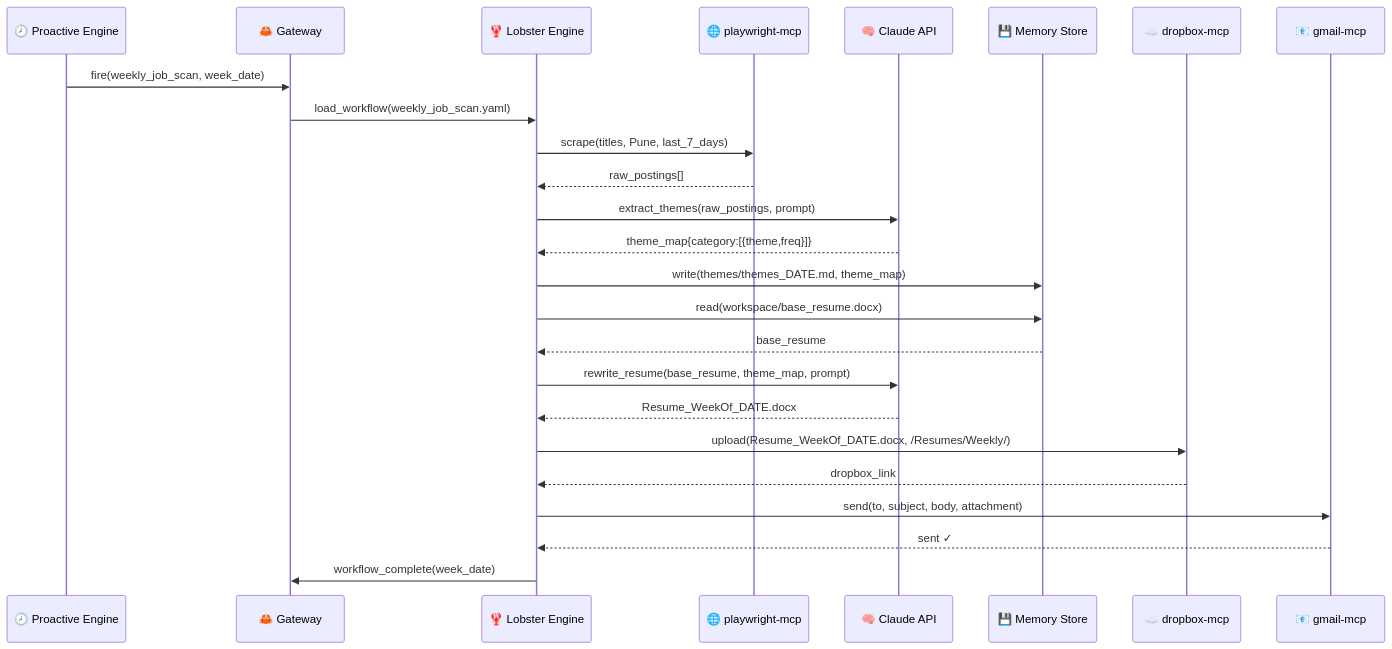
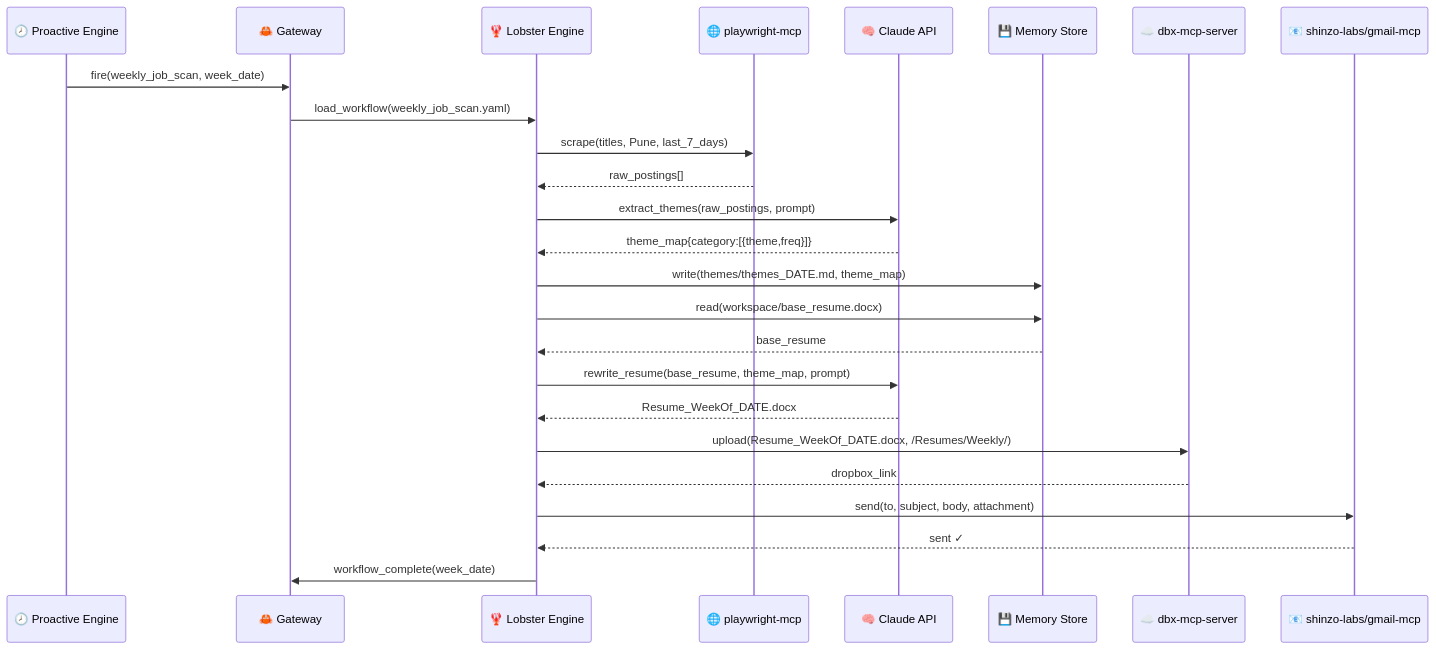
Before and after one commit to mayukhg/mg-ai-job-scanner: the fifth of 7 diagrams in ARCHITECTURE_OPENCLAW.md, drawn with Mermaid. The commit also changed other lines of this file and 1 other file, not shown here.

First line of the commit message:
Update OpenClaw design with audited MCP package recommendations

````diff
--- a/ARCHITECTURE_OPENCLAW.md
+++ b/ARCHITECTURE_OPENCLAW.md
@@ -155,36 +155,36 @@
 ```mermaid
 sequenceDiagram
     participant PE  as 🕗 Proactive Engine
     participant GW  as 🦀 Gateway
     participant LB  as 🦞 Lobster Engine
     participant PW  as 🌐 playwright-mcp
     participant CL  as 🧠 Claude API
     participant MEM as 💾 Memory Store
-    participant DP  as ☁️ dropbox-mcp
-    participant GM  as 📧 gmail-mcp
+    participant DP  as ☁️ dbx-mcp-server
+    participant GM  as 📧 shinzo-labs/gmail-mcp
 
     PE->>GW: fire(weekly_job_scan, week_date)
     GW->>LB: load_workflow(weekly_job_scan.yaml)
 
     LB->>PW: scrape(titles, Pune, last_7_days)
     PW-->>LB: raw_postings[]
 
     LB->>CL: extract_themes(raw_postings, prompt)
     CL-->>LB: theme_map{category:[{theme,freq}]}
 
     LB->>MEM: write(themes/themes_DATE.md, theme_map)
 
     LB->>MEM: read(workspace/base_resume.docx)
     MEM-->>LB: base_resume
 
     LB->>CL: rewrite_resume(base_resume, theme_map, prompt)
     CL-->>LB: Resume_WeekOf_DATE.docx
 
     LB->>DP: upload(Resume_WeekOf_DATE.docx, /Resumes/Weekly/)
     DP-->>LB: dropbox_link
 
     LB->>GM: send(to, subject, body, attachment)
     GM-->>LB: sent ✓
 
     LB->>GW: workflow_complete(week_date)
 ```
````
